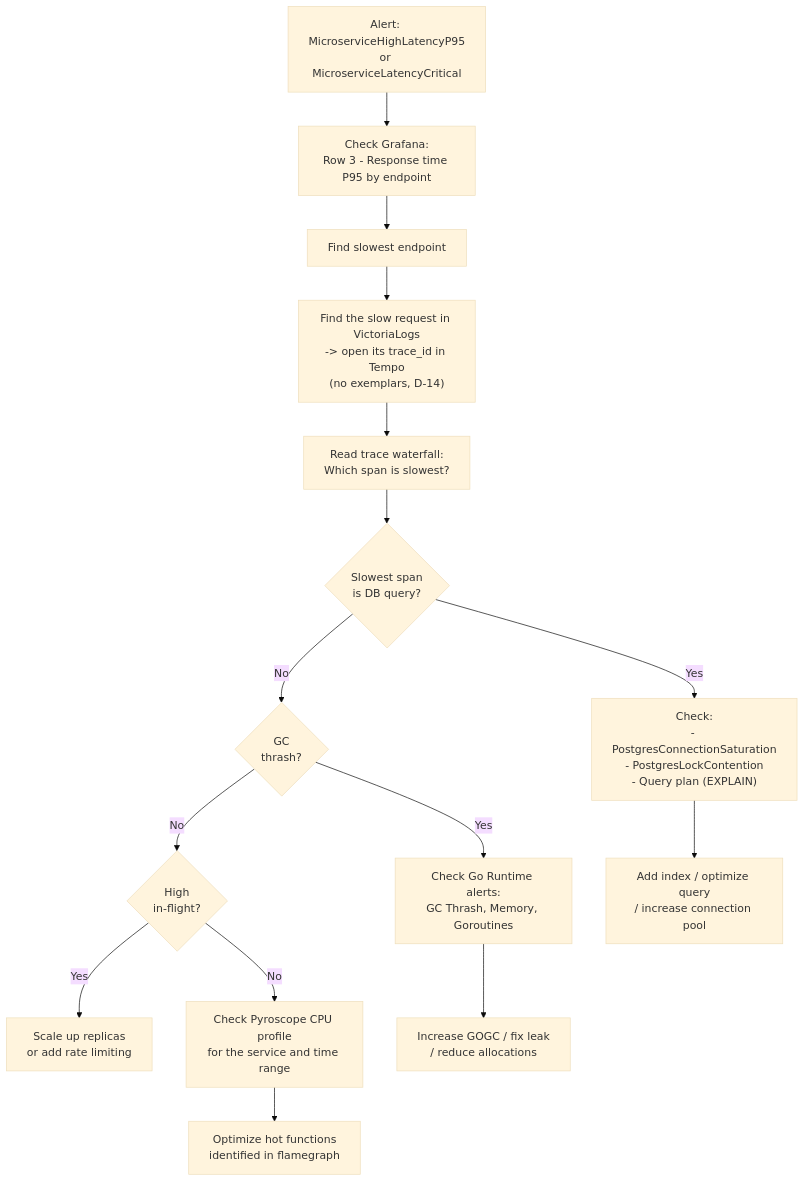
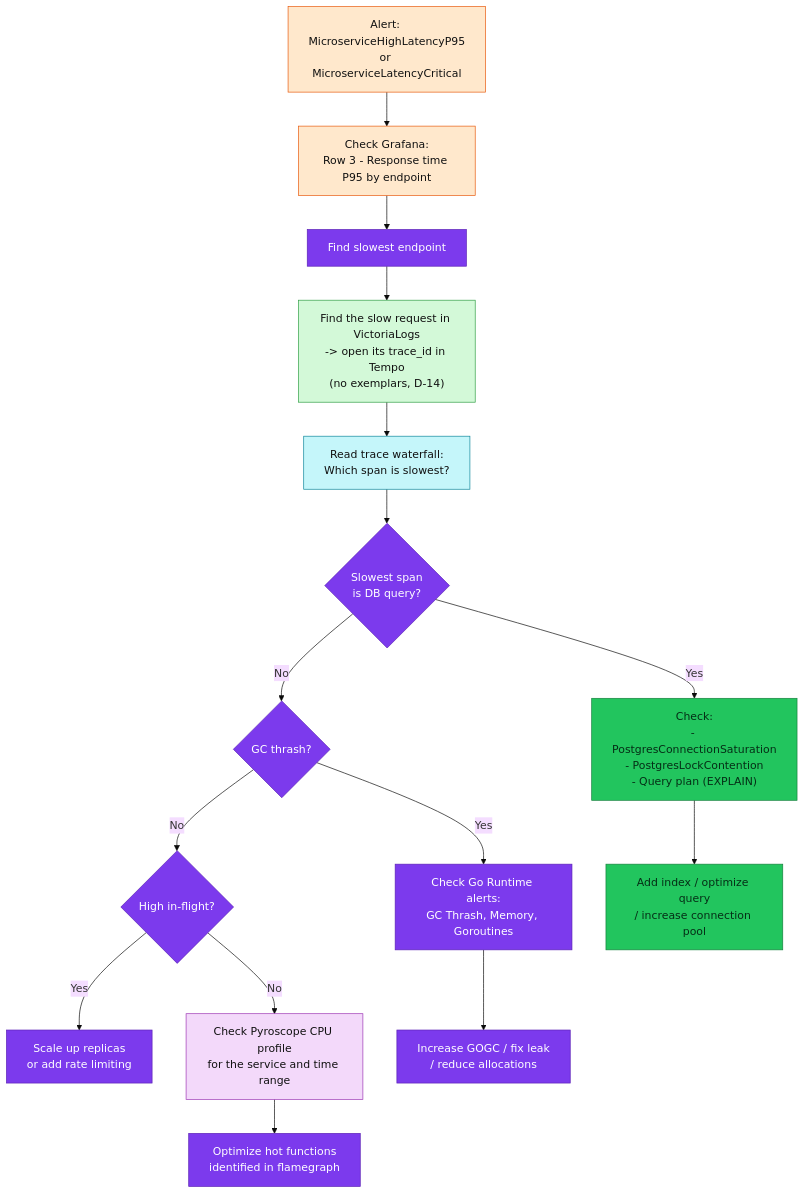
One commit to duynhlab/homelab changed the third of 5 diagrams in docs/observability/runbooks/microservices-alerts.md. Above: the diagram before and after it, drawn with Mermaid (base theme). The commit also changed other lines of this file and 33 other files, not shown here.

First line of the commit message:
Refresh observability diagrams (#516)

````diff
--- a/docs/observability/runbooks/microservices-alerts.md
+++ b/docs/observability/runbooks/microservices-alerts.md
@@ -649,24 +680,38 @@
 ```mermaid
 flowchart TD
     Start["Alert: MicroserviceHighLatencyP95\nor MicroserviceLatencyCritical"] --> CheckP95["Check Grafana:\nRow 3 - Response time P95 by endpoint"]
 
     CheckP95 --> IdentifyEndpoint["Find slowest endpoint"]
 
+
     IdentifyEndpoint --> CheckExemplar["Find the slow request in VictoriaLogs\n-> open its trace_id in Tempo\n(no exemplars, D-14)"]
 
     CheckExemplar --> ReadTrace["Read trace waterfall:\nWhich span is slowest?"]
 
-    ReadTrace --> IsDB{Slowest span\nis DB query?}
+    ReadTrace --> IsDB{"Slowest span<br/>is DB query?"}
     IsDB -->|Yes| CheckDBMetrics["Check:\n- PostgresConnectionSaturation\n- PostgresLockContention\n- Query plan (EXPLAIN)"]
-    IsDB -->|No| IsGC{GC\nthrash?}
+    IsDB -->|No| IsGC{"GC thrash?"}
 
     IsGC -->|Yes| CheckRuntime["Check Go Runtime alerts:\nGC Thrash, Memory, Goroutines"]
-    IsGC -->|No| IsSaturation{High\nin-flight?}
+    IsGC -->|No| IsSaturation{"High in-flight?"}
 
     IsSaturation -->|Yes| ScaleUp["Scale up replicas\nor add rate limiting"]
     IsSaturation -->|No| CheckPyroscope["Check Pyroscope CPU profile\nfor the service and time range"]
 
     CheckDBMetrics --> OptimizeDB["Add index / optimize query\n/ increase connection pool"]
     CheckRuntime --> OptimizeRuntime["Increase GOGC / fix leak\n/ reduce allocations"]
     CheckPyroscope --> OptimizeCode["Optimize hot functions\nidentified in flamegraph"]
+
+    classDef metric fill:#ffe8cc,color:#111,stroke:#e8590c;
+    classDef log fill:#d3f9d8,color:#111,stroke:#2f9e44;
+    classDef trace fill:#c5f6fa,color:#111,stroke:#0c8599;
+    classDef profile fill:#f3d9fa,color:#111,stroke:#9c36b5;
+    classDef data fill:#22c55e,color:#052e16,stroke:#15803d;
+    classDef platform fill:#7c3aed,color:#fff,stroke:#5b21b6;
+    class Start,CheckP95 metric;
+    class CheckExemplar log;
+    class ReadTrace trace;
+    class CheckPyroscope profile;
+    class CheckDBMetrics,OptimizeDB data;
+    class IdentifyEndpoint,IsDB,IsGC,IsSaturation,CheckRuntime,ScaleUp,OptimizeRuntime,OptimizeCode platform;
 ```
````
